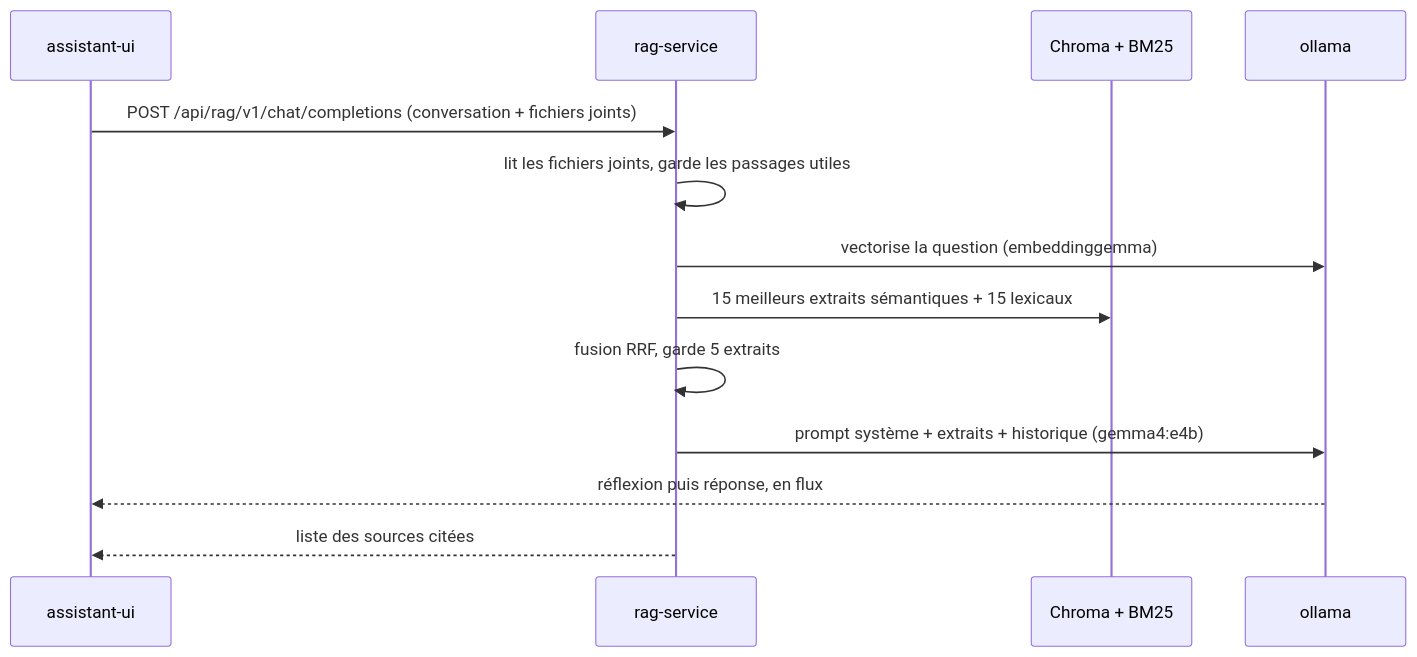
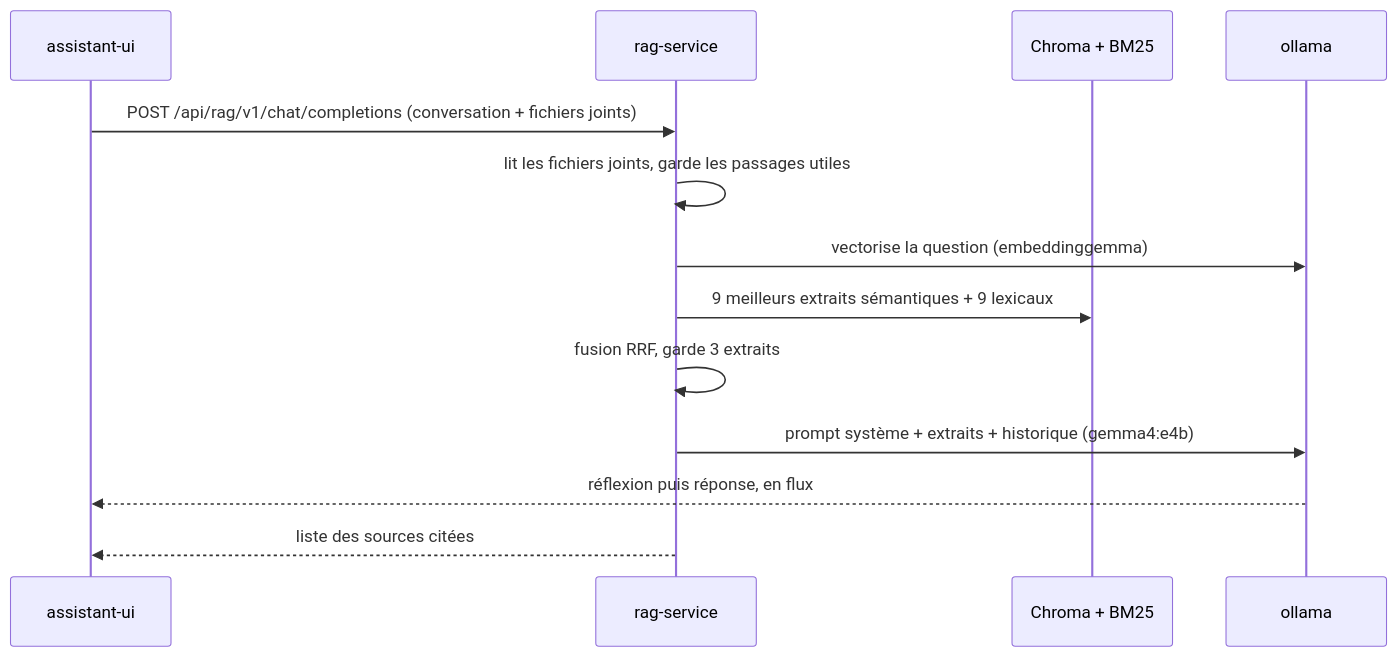
The second of 2 diagrams in documents/processus-assistant-rag.md (redarcepsi/workshop-novashop), drawn with Mermaid before and after one commit. The commit also changed other lines of this file and 5 other files, not shown here.

````diff
--- a/documents/processus-assistant-rag.md
+++ b/documents/processus-assistant-rag.md
@@ -65,15 +65,15 @@
 ```mermaid
 sequenceDiagram
     participant W as assistant-ui
     participant R as rag-service
     participant C as Chroma + BM25
     participant L as ollama
     W->>R: POST /api/rag/v1/chat/completions (conversation + fichiers joints)
     R->>R: lit les fichiers joints, garde les passages utiles
     R->>L: vectorise la question (embeddinggemma)
-    R->>C: 15 meilleurs extraits sémantiques + 15 lexicaux
-    R->>R: fusion RRF, garde 5 extraits
+    R->>C: 9 meilleurs extraits sémantiques + 9 lexicaux
+    R->>R: fusion RRF, garde 3 extraits
     R->>L: prompt système + extraits + historique (gemma4:e4b)
     L-->>W: réflexion puis réponse, en flux
     R-->>W: liste des sources citées
 ```
````
